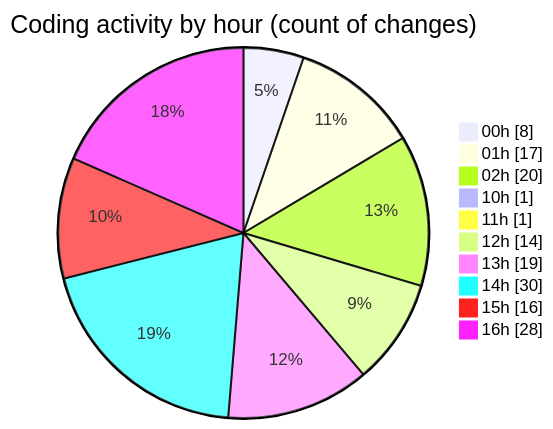
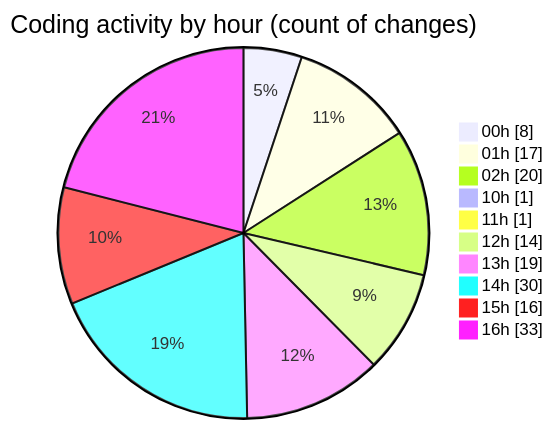
The second of 2 diagrams in 2025-05-02/niten/README.md (Elitesun/code-tracking), drawn with Mermaid before and after one commit. The commit also changed other lines of this file and 1 other file, not shown here.

````diff
--- a/2025-05-02/niten/README.md
+++ b/2025-05-02/niten/README.md
@@ -72,14 +73,14 @@
 ```mermaid
 pie showData
 title Coding activity by hour (count of changes)
 "00h" : 8
 "01h" : 17
 "02h" : 20
 "10h" : 1
 "11h" : 1
 "12h" : 14
 "13h" : 19
 "14h" : 30
 "15h" : 16
-"16h" : 28
+"16h" : 33
 ```
````
